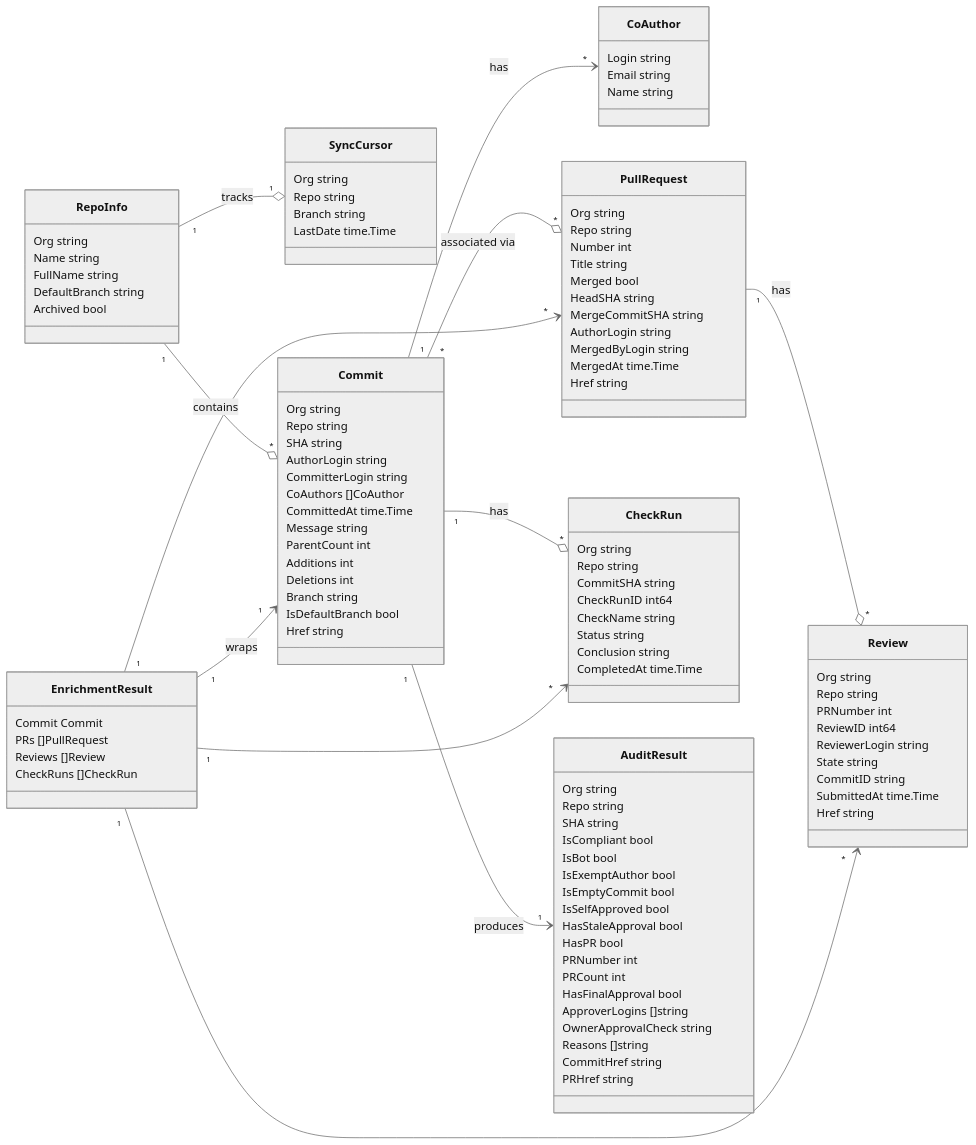
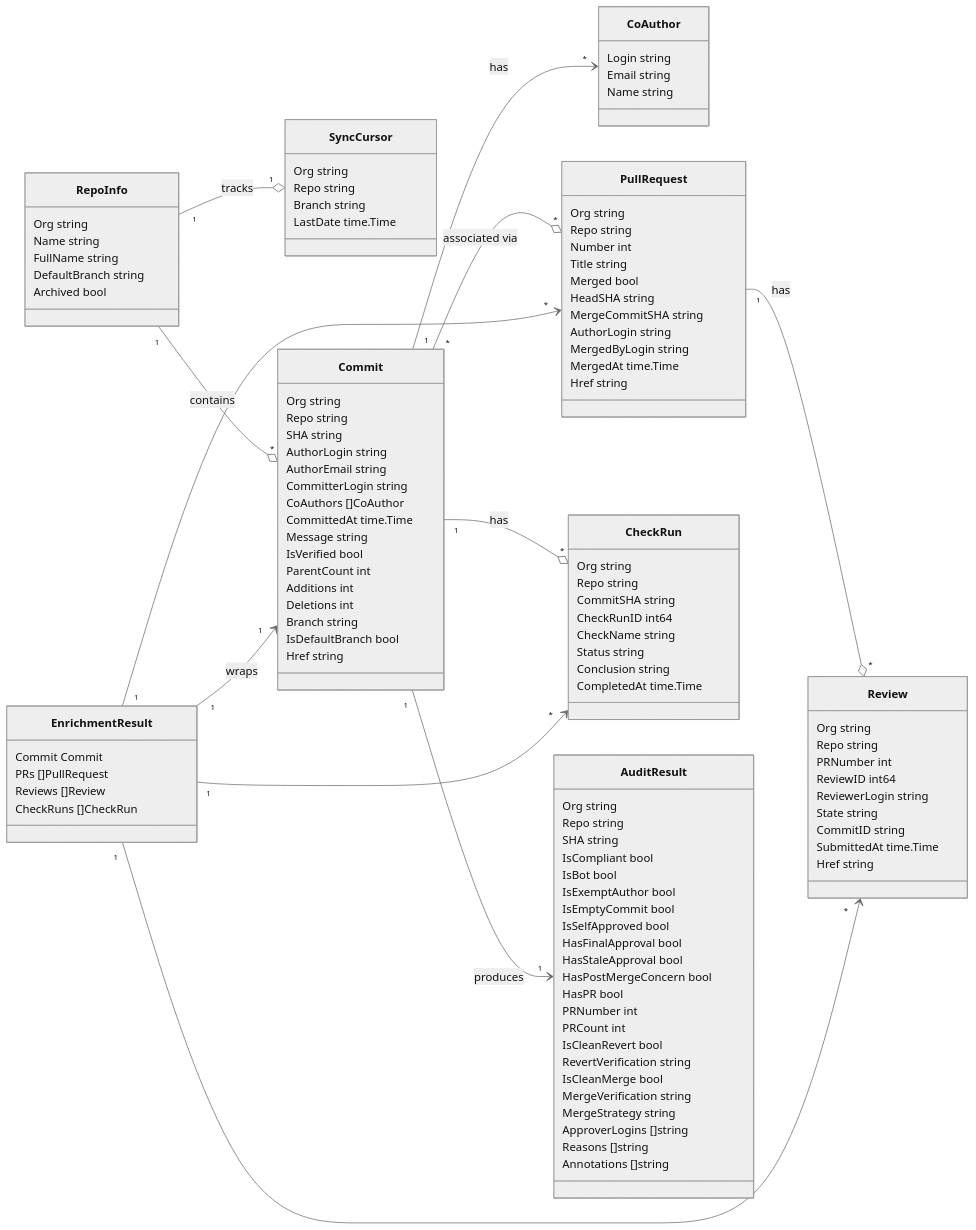
One commit to stefanpenner/gh-audit changed the diagram in internal/model/README.md. Above: the diagram before and after it, drawn with Mermaid (neutral theme). The commit also changed 4 other files, not shown here.

First line of the commit message:
fix(db): add is_verified to GetCommitsForPR; detect rebase merge strategy

```diff
--- a/internal/model/README.md
+++ b/internal/model/README.md
@@ -34,10 +34,12 @@
         Repo string
         SHA string
         AuthorLogin string
+        AuthorEmail string
         CommitterLogin string
         CoAuthors []CoAuthor
         CommittedAt time.Time
         Message string
+        IsVerified bool
         ParentCount int
         Additions int
         Deletions int
@@ -99,16 +101,20 @@
         IsExemptAuthor bool
         IsEmptyCommit bool
         IsSelfApproved bool
+        HasFinalApproval bool
         HasStaleApproval bool
+        HasPostMergeConcern bool
         HasPR bool
         PRNumber int
         PRCount int
-        HasFinalApproval bool
+        IsCleanRevert bool
+        RevertVerification string
+        IsCleanMerge bool
+        MergeVerification string
+        MergeStrategy string
         ApproverLogins []string
-        OwnerApprovalCheck string
         Reasons []string
-        CommitHref string
-        PRHref string
+        Annotations []string
     }
 
     RepoInfo "1" --o "*" Commit : contains
```
